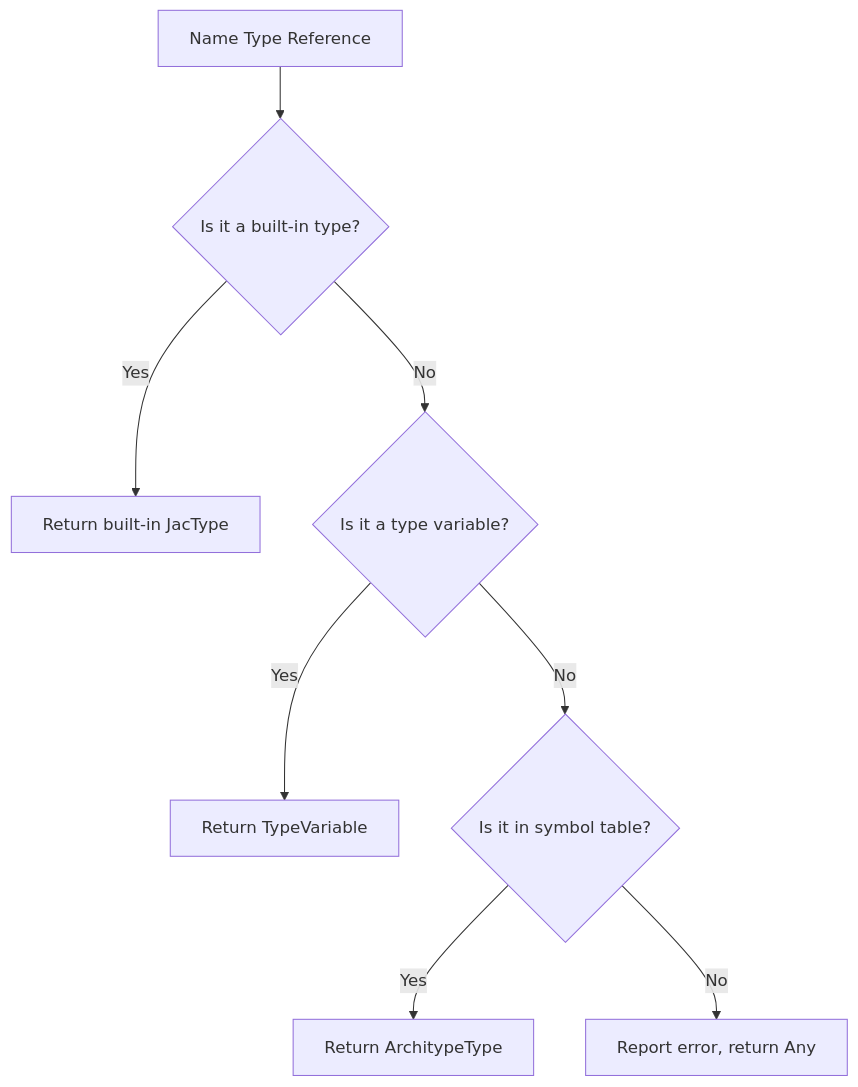
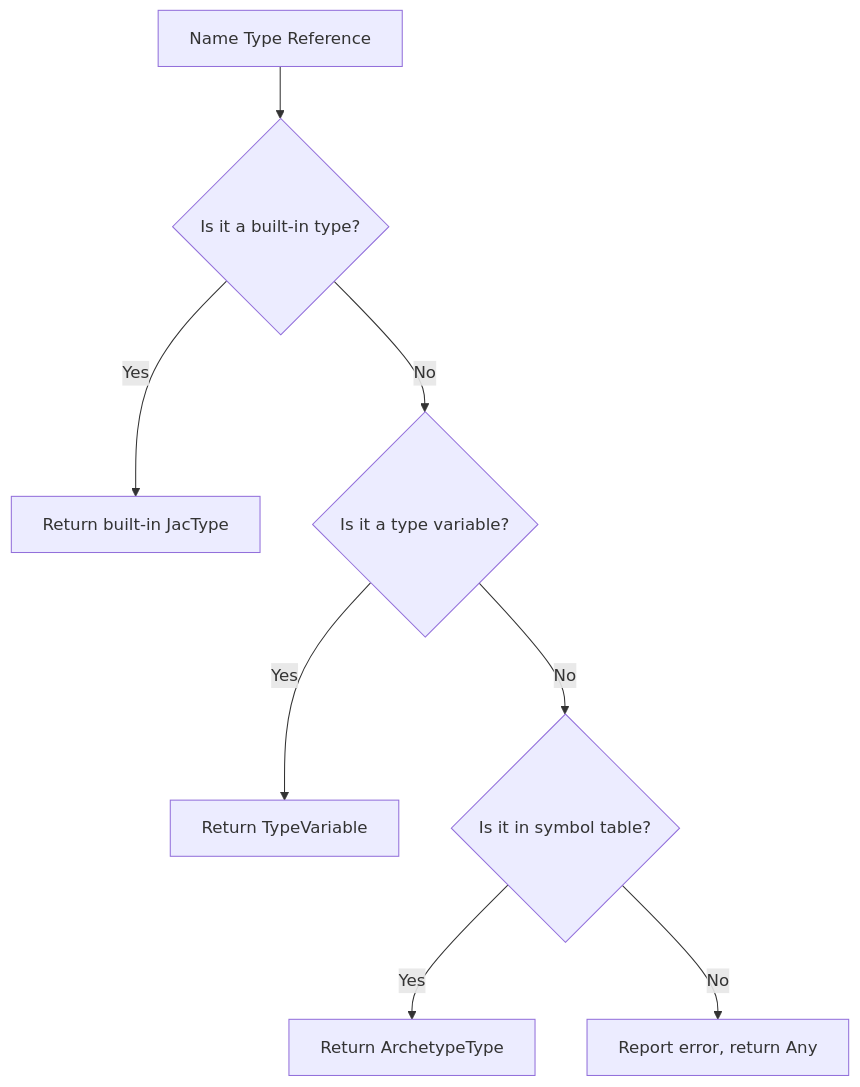
The second of 5 diagrams in docs/docs/internals/planning_specs/native_type_system/type_resolution.md (Jaseci-Labs/jaseci), drawn with Mermaid before and after one commit. The commit also changed other lines of this file and 85 other files, not shown here.

````diff
--- a/docs/docs/internals/planning_specs/native_type_system/type_resolution.md
+++ b/docs/docs/internals/planning_specs/native_type_system/type_resolution.md
@@ -59,10 +59,10 @@
 ```mermaid
 flowchart TD
     A[Name Type Reference] --> B{Is it a built-in type?}
     B -- Yes --> C[Return built-in JacType]
     B -- No --> D{Is it a type variable?}
     D -- Yes --> E[Return TypeVariable]
     D -- No --> F{Is it in symbol table?}
-    F -- Yes --> G[Return ArchitypeType]
+    F -- Yes --> G[Return ArchetypeType]
     F -- No --> H[Report error, return Any]
 ```
````
